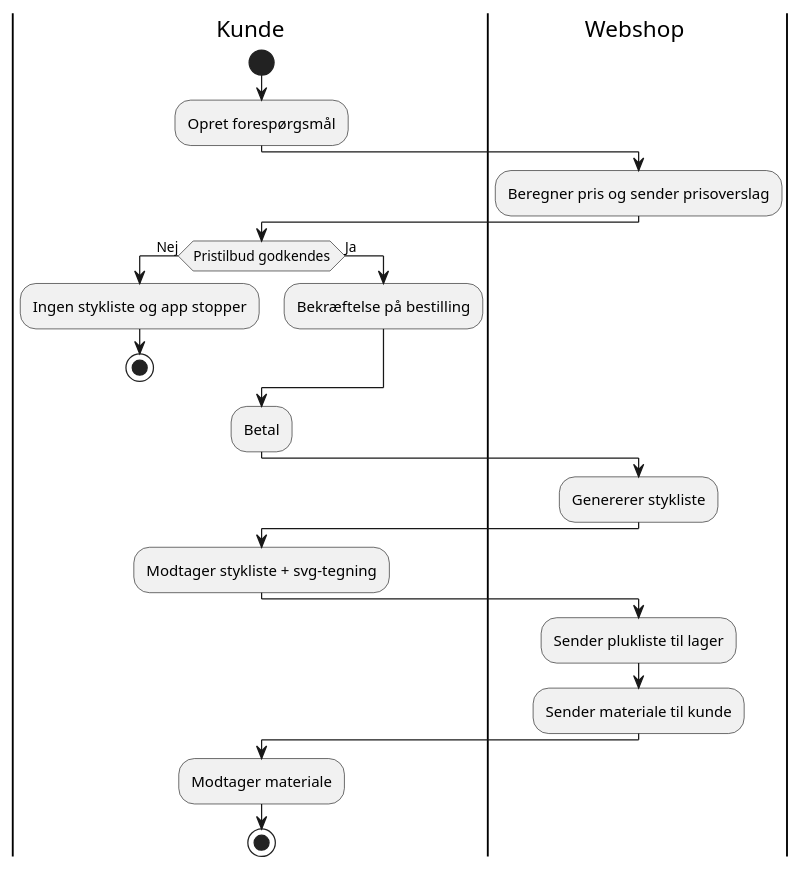
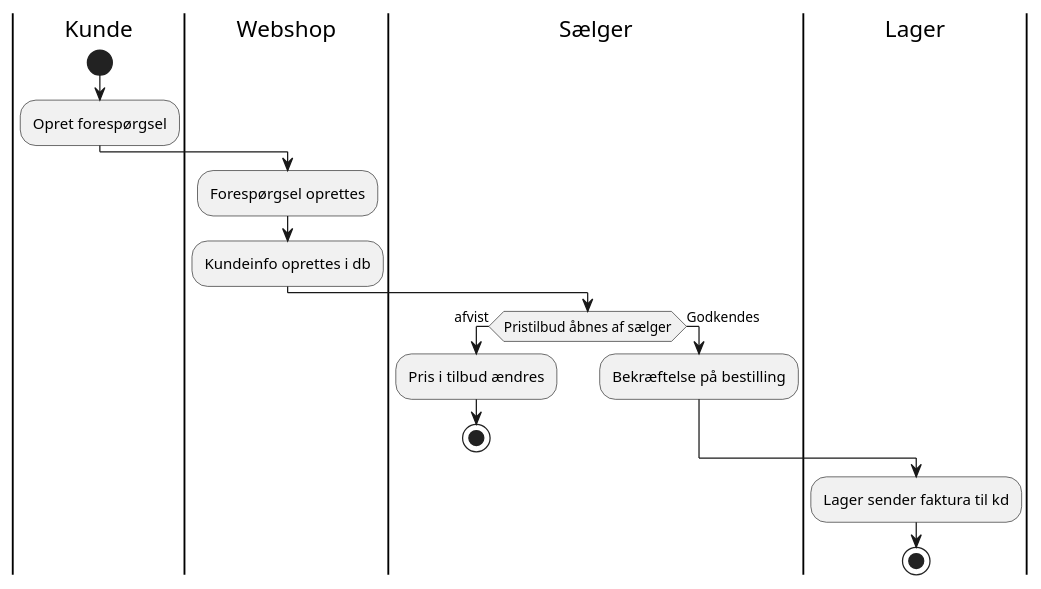
Before and after one commit to mridrisisci/fog-projekt: the diagram in docs/aktivitetsdiagram-tobe.puml, drawn with PlantUML. The commit also changed 6 other files, not shown here.

```diff
--- a/docs/aktivitetsdiagram-tobe.puml
+++ b/docs/aktivitetsdiagram-tobe.puml
@@ -1,37 +1,27 @@
 @startuml
-'https://plantuml.com/activity-diagram-beta
 
 |Kunde|
 start
-:Opret forespørgsmål;
+:Opret forespørgsel;
 
-|Webshop |
-:Beregner pris og sender prisoverslag;
+|Webshop|
+:Forespørgsel oprettes;
+:Kundeinfo oprettes i db;
 
-|Kunde|
-if (Pristilbud godkendes) then (Nej)
-  :Ingen stykliste og app stopper;
+|Sælger|
+if (Pristilbud åbnes af sælger) then (afvist)
+  :Pris i tilbud ændres;
   stop
-else (Ja)
+else (Godkendes)
   :Bekræftelse på bestilling;
 endif
 
-|Kunde|
-:Betal;
+|Webshop|
 
-|Webshop |
-:Genererer stykliste;
+|Sælger|
 
-|Kunde|
-:Modtager stykliste + svg-tegning;
-
-|Webshop |
-:Sender plukliste til lager;
-:Sender materiale til kunde;
-
-
-|Kunde|
-:Modtager materiale;
+|Lager|
+:Lager sender faktura til kd;
 
 stop
 @enduml
```
